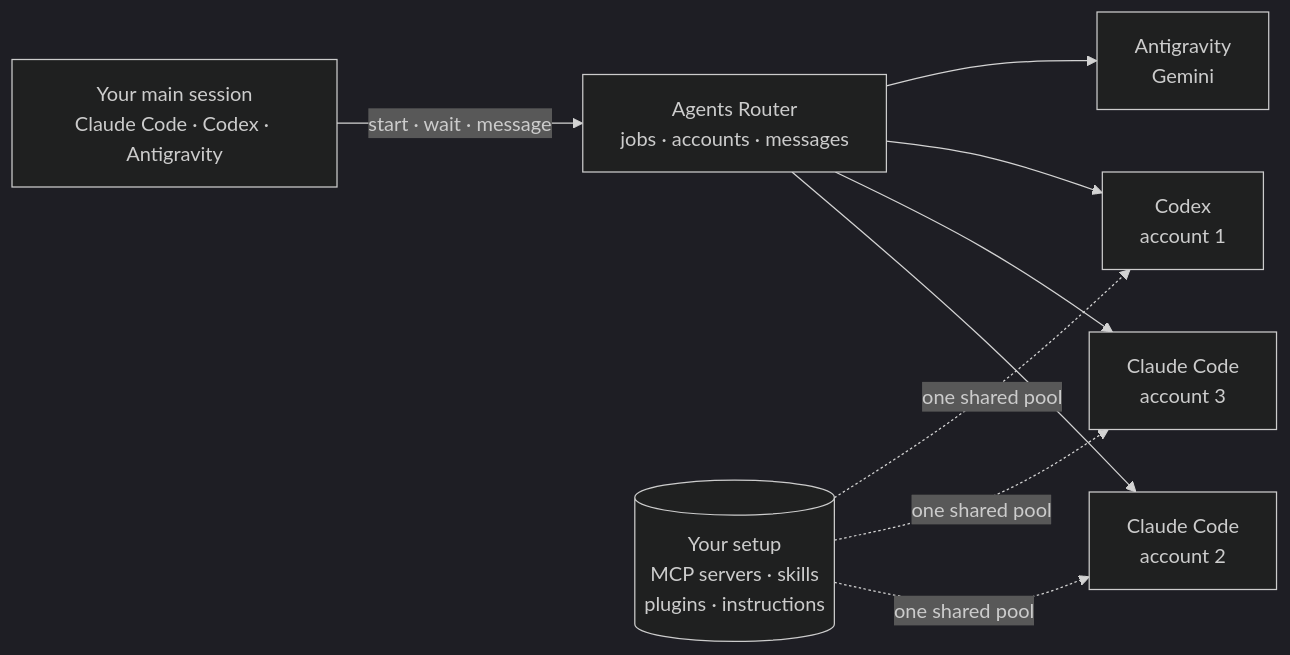
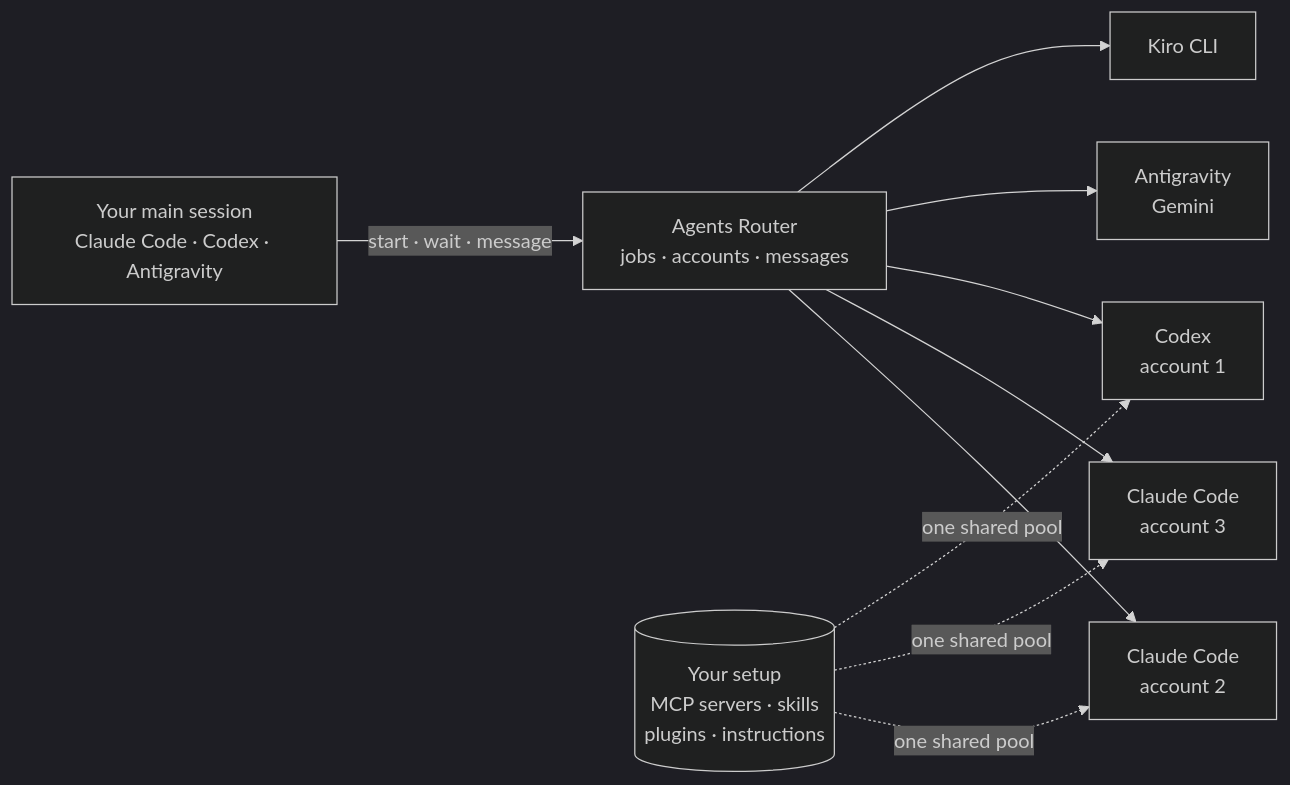
The diagram in README.md (Watcharagorn/agents-router), drawn with Mermaid (dark theme) before and after one commit. The commit also changed other lines of this file and 19 other files, not shown here.

````diff
--- a/README.md
+++ b/README.md
@@ -14,14 +17,15 @@
 ```mermaid
 flowchart LR
     host["Your main session<br/>Claude Code · Codex · Antigravity"]
     core["Agents Router<br/>jobs · accounts · messages"]
     shared[("Your setup<br/>MCP servers · skills<br/>plugins · instructions")]
     w1["Claude Code<br/>account 2"]
     w2["Claude Code<br/>account 3"]
     w3["Codex<br/>account 1"]
     w4["Antigravity<br/>Gemini"]
+    w5["Kiro CLI"]
 
     host -- "start · wait · message" --> core
-    core --> w1 & w2 & w3 & w4
+    core --> w1 & w2 & w3 & w4 & w5
     shared -. "one shared pool" .-> w1 & w2 & w3
 ```
````
